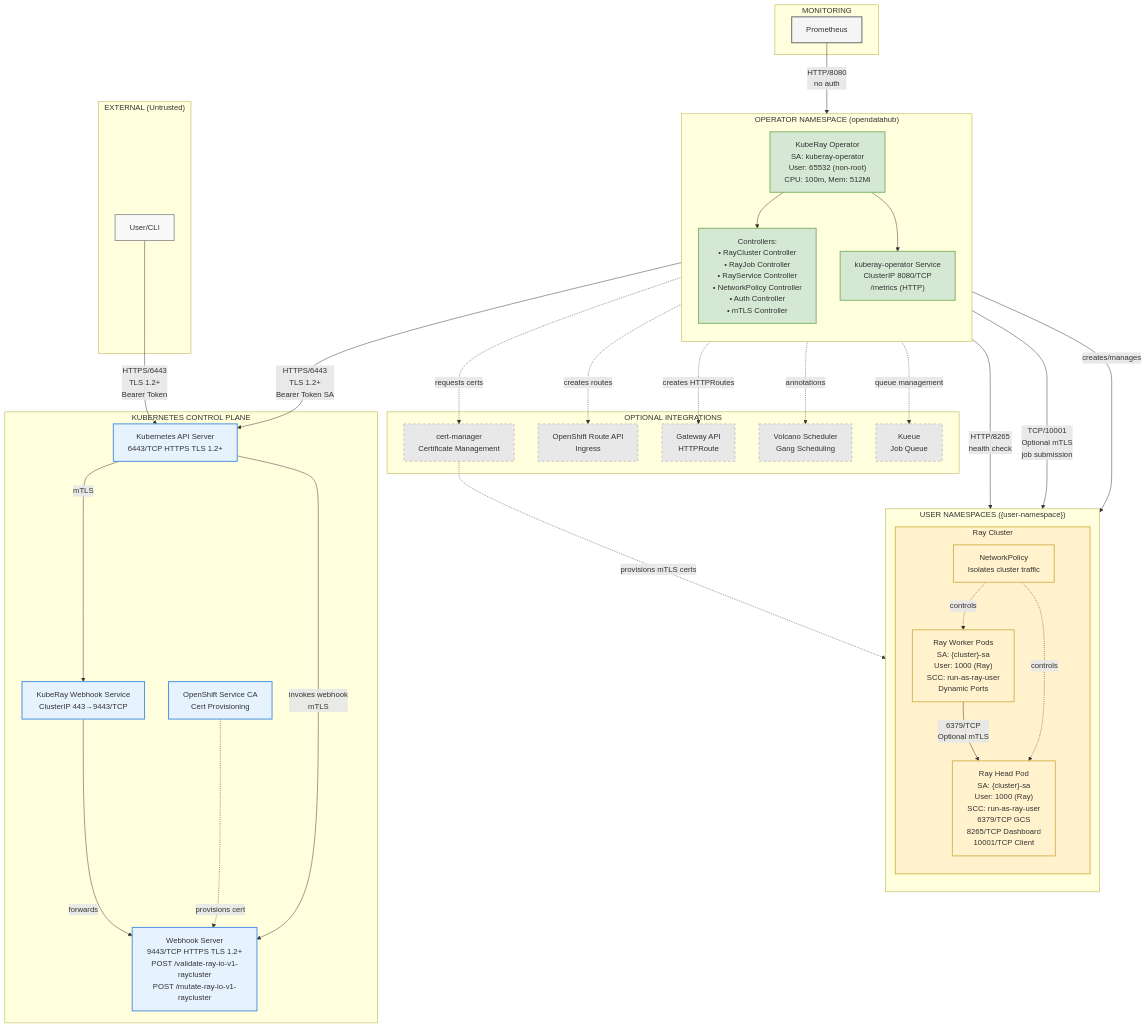
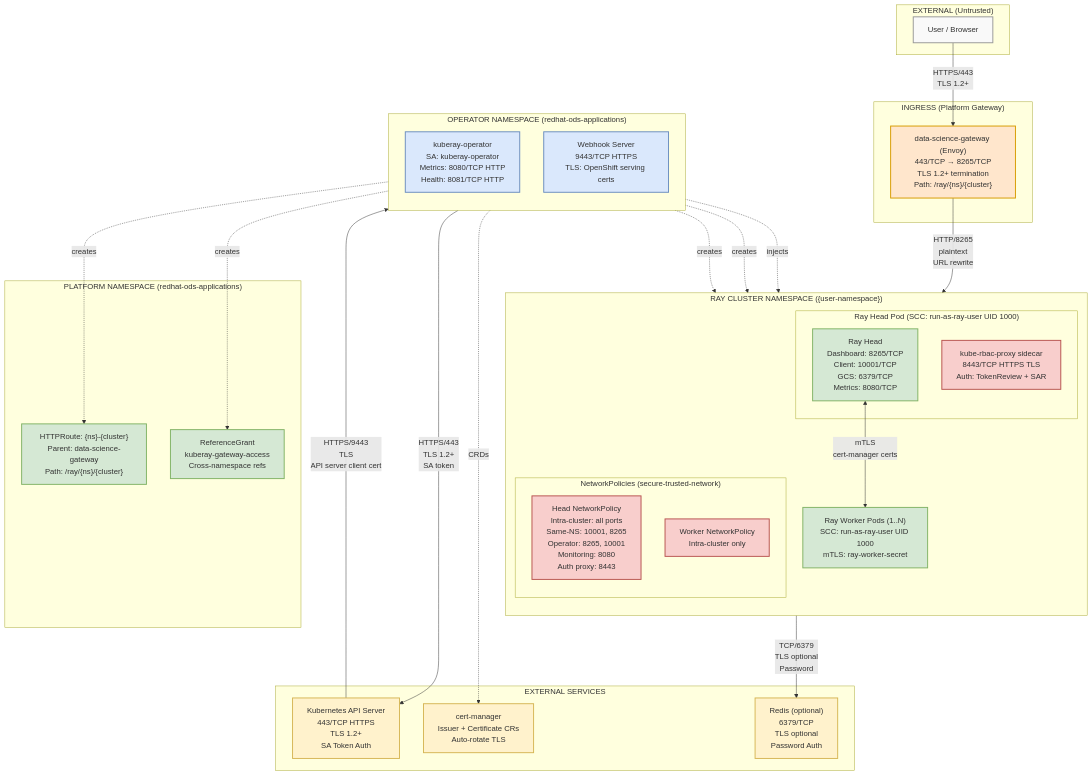
One commit to rhuss/architecture-context changed the diagram in architecture/rhoai-3.0/diagrams/kuberay-security-network.mmd. Above: the diagram before and after it, drawn with Mermaid. The commit also changed 512 other files, not shown here.

```diff
--- a/architecture/rhoai-3.0/diagrams/kuberay-security-network.mmd
+++ b/architecture/rhoai-3.0/diagrams/kuberay-security-network.mmd
@@ -1,86 +1,76 @@
+%% KubeRay Operator - Security Network Diagram
+%% Generated by: Claude Opus 4.6
+
 graph TB
     subgraph External["EXTERNAL (Untrusted)"]
-        User[User/CLI]
+        User["User / Browser"]
     end
 
-    subgraph ControlPlane["KUBERNETES CONTROL PLANE"]
-        K8sAPI["Kubernetes API Server<br/>6443/TCP HTTPS TLS 1.2+"]
-        WebhookSvc["KubeRay Webhook Service<br/>ClusterIP 443→9443/TCP"]
-        WebhookServer["Webhook Server<br/>9443/TCP HTTPS TLS 1.2+<br/>POST /validate-ray-io-v1-raycluster<br/>POST /mutate-ray-io-v1-raycluster"]
-        ServiceCA["OpenShift Service CA<br/>Cert Provisioning"]
-
-        K8sAPI -->|mTLS| WebhookSvc
-        WebhookSvc -->|forwards| WebhookServer
-        ServiceCA -.->|provisions cert| WebhookServer
+    subgraph Ingress["INGRESS (Platform Gateway)"]
+        Gateway["data-science-gateway (Envoy)<br/>443/TCP → 8265/TCP<br/>TLS 1.2+ termination<br/>Path: /ray/{ns}/{cluster}"]
     end
 
-    subgraph OperatorNS["OPERATOR NAMESPACE (opendatahub)"]
+    subgraph OperatorNS["OPERATOR NAMESPACE (redhat-ods-applications)"]
+        direction TB
+        Operator["kuberay-operator<br/>SA: kuberay-operator<br/>Metrics: 8080/TCP HTTP<br/>Health: 8081/TCP HTTP"]
+        Webhook["Webhook Server<br/>9443/TCP HTTPS<br/>TLS: OpenShift serving certs"]
+    end
+
+    subgraph PlatformNS["PLATFORM NAMESPACE (redhat-ods-applications)"]
+        HTTPRoute["HTTPRoute: {ns}-{cluster}<br/>Parent: data-science-gateway<br/>Path: /ray/{ns}/{cluster}"]
+        RefGrant["ReferenceGrant<br/>kuberay-gateway-access<br/>Cross-namespace refs"]
+    end
+
+    subgraph RayNS["RAY CLUSTER NAMESPACE ({user-namespace})"]
         direction TB
 
-        Operator["KubeRay Operator<br/>SA: kuberay-operator<br/>User: 65532 (non-root)<br/>CPU: 100m, Mem: 512Mi"]
-        Controllers["Controllers:<br/>• RayCluster Controller<br/>• RayJob Controller<br/>• RayService Controller<br/>• NetworkPolicy Controller<br/>• Auth Controller<br/>• mTLS Controller"]
-        MetricsSvc["kuberay-operator Service<br/>ClusterIP 8080/TCP<br/>/metrics (HTTP)"]
+        subgraph HeadPodGroup["Ray Head Pod (SCC: run-as-ray-user UID 1000)"]
+            HeadPod["Ray Head<br/>Dashboard: 8265/TCP<br/>Client: 10001/TCP<br/>GCS: 6379/TCP<br/>Metrics: 8080/TCP"]
+            RBACProxy["kube-rbac-proxy sidecar<br/>8443/TCP HTTPS TLS<br/>Auth: TokenReview + SAR"]
+        end
 
-        Operator --> Controllers
-        Operator --> MetricsSvc
+        WorkerPods["Ray Worker Pods (1..N)<br/>SCC: run-as-ray-user UID 1000<br/>mTLS: ray-worker-secret"]
+
+        subgraph NetPolicies["NetworkPolicies (secure-trusted-network)"]
+            HeadNP["Head NetworkPolicy<br/>Intra-cluster: all ports<br/>Same-NS: 10001, 8265<br/>Operator: 8265, 10001<br/>Monitoring: 8080<br/>Auth proxy: 8443"]
+            WorkerNP["Worker NetworkPolicy<br/>Intra-cluster only"]
+        end
     end
 
-    subgraph UserNS["USER NAMESPACES ({user-namespace})"]
-        direction TB
-
-        subgraph RayCluster["Ray Cluster"]
-            RayHead["Ray Head Pod<br/>SA: {cluster}-sa<br/>User: 1000 (Ray)<br/>SCC: run-as-ray-user<br/>6379/TCP GCS<br/>8265/TCP Dashboard<br/>10001/TCP Client"]
-            RayWorkers["Ray Worker Pods<br/>SA: {cluster}-sa<br/>User: 1000 (Ray)<br/>SCC: run-as-ray-user<br/>Dynamic Ports"]
-            NetworkPolicy["NetworkPolicy<br/>Isolates cluster traffic"]
-        end
-
-        RayWorkers -->|6379/TCP<br/>Optional mTLS| RayHead
-        NetworkPolicy -.->|controls| RayHead
-        NetworkPolicy -.->|controls| RayWorkers
-    end
-
-    subgraph Monitoring["MONITORING"]
-        Prometheus["Prometheus"]
-    end
-
-    subgraph OptionalIntegrations["OPTIONAL INTEGRATIONS"]
-        CertManager["cert-manager<br/>Certificate Management"]
-        OpenShiftRoute["OpenShift Route API<br/>Ingress"]
-        GatewayAPI["Gateway API<br/>HTTPRoute"]
-        Volcano["Volcano Scheduler<br/>Gang Scheduling"]
-        Kueue["Kueue<br/>Job Queue"]
+    subgraph ExternalSvc["EXTERNAL SERVICES"]
+        K8sAPI["Kubernetes API Server<br/>443/TCP HTTPS<br/>TLS 1.2+<br/>SA Token Auth"]
+        CertManager["cert-manager<br/>Issuer + Certificate CRs<br/>Auto-rotate TLS"]
+        Redis["Redis (optional)<br/>6379/TCP<br/>TLS optional<br/>Password Auth"]
     end
 
     %% Flows
-    User -->|HTTPS/6443<br/>TLS 1.2+<br/>Bearer Token| K8sAPI
-    K8sAPI -->|invokes webhook<br/>mTLS| WebhookServer
+    User -->|"HTTPS/443<br/>TLS 1.2+"| Gateway
+    Gateway -->|"HTTP/8265<br/>plaintext<br/>URL rewrite"| HeadPod
 
-    Operator -->|HTTPS/6443<br/>TLS 1.2+<br/>Bearer Token SA| K8sAPI
-    Controllers -->|creates/manages| RayCluster
-    Controllers -->|HTTP/8265<br/>health check| RayHead
-    Controllers -->|TCP/10001<br/>Optional mTLS<br/>job submission| RayHead
+    K8sAPI -->|"HTTPS/9443<br/>TLS<br/>API server client cert"| Webhook
+    Operator -->|"HTTPS/443<br/>TLS 1.2+<br/>SA token"| K8sAPI
 
-    Prometheus -->|HTTP/8080<br/>no auth| MetricsSvc
+    Operator -.->|"creates"| HTTPRoute
+    Operator -.->|"creates"| RefGrant
+    Operator -.->|"injects"| RBACProxy
+    Operator -.->|"creates"| HeadNP
+    Operator -.->|"creates"| WorkerNP
 
-    Controllers -.->|requests certs| CertManager
-    Controllers -.->|creates routes| OpenShiftRoute
-    Controllers -.->|creates HTTPRoutes| GatewayAPI
-    Controllers -.->|annotations| Volcano
-    Controllers -.->|queue management| Kueue
-
-    CertManager -.->|provisions mTLS certs| RayCluster
+    HeadPod <-->|"mTLS<br/>cert-manager certs"| WorkerPods
+    HeadPod -->|"TCP/6379<br/>TLS optional<br/>Password"| Redis
+    Operator -.->|"CRDs"| CertManager
 
     %% Styling
     classDef external fill:#f9f9f9,stroke:#999,stroke-width:2px
-    classDef controlplane fill:#e6f3ff,stroke:#4a90e2,stroke-width:2px
-    classDef operator fill:#d5e8d4,stroke:#82b366,stroke-width:2px
-    classDef userns fill:#fff2cc,stroke:#d6b656,stroke-width:2px
-    classDef monitoring fill:#f5f5f5,stroke:#666,stroke-width:2px
-    classDef optional fill:#e8e8e8,stroke:#999,stroke-width:1px,stroke-dasharray: 5 5
+    classDef ingress fill:#ffe6cc,stroke:#d79b00,stroke-width:2px
+    classDef operator fill:#dae8fc,stroke:#6c8ebf,stroke-width:2px
+    classDef rayns fill:#d5e8d4,stroke:#82b366,stroke-width:2px
+    classDef security fill:#f8cecc,stroke:#b85450,stroke-width:2px
+    classDef extsvc fill:#fff2cc,stroke:#d6b656,stroke-width:2px
 
     class User external
-    class K8sAPI,WebhookSvc,WebhookServer,ServiceCA controlplane
-    class Operator,Controllers,MetricsSvc operator
-    class RayCluster,RayHead,RayWorkers,NetworkPolicy userns
-    class Prometheus monitoring
-    class CertManager,OpenShiftRoute,GatewayAPI,Volcano,Kueue optional
+    class Gateway ingress
+    class Operator,Webhook operator
+    class HeadPod,WorkerPods,HTTPRoute,RefGrant rayns
+    class RBACProxy,HeadNP,WorkerNP security
+    class K8sAPI,CertManager,Redis extsvc
```
